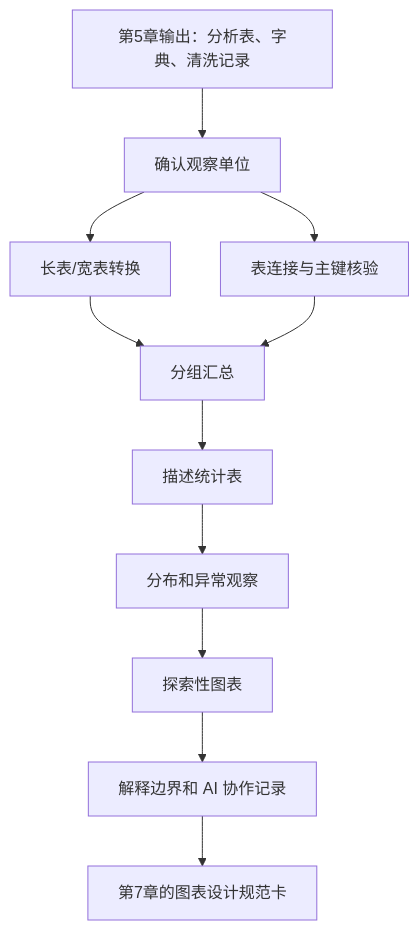
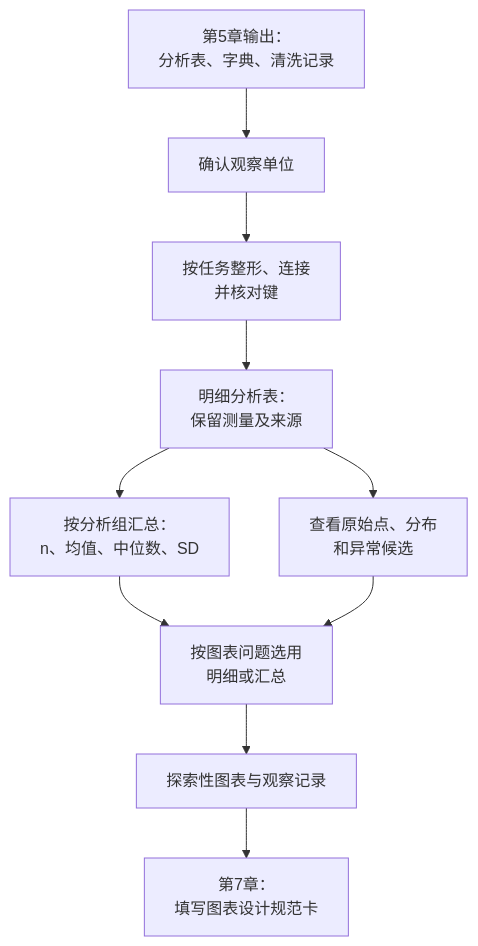
Before and after one commit to luvega/AI_MED_DataVis: the first of 3 diagrams in docs/chapters/chapter-6/index.md, drawn with Mermaid. The commit also changed other lines of this file and 30 other files, not shown here.

Commit message:
Redraw textbook diagrams and correct data-flow relationships

````diff
--- a/docs/chapters/chapter-6/index.md
+++ b/docs/chapters/chapter-6/index.md
@@ -36,13 +36,12 @@
 ```mermaid
 flowchart TD
-  A["第5章输出：分析表、字典、清洗记录"] --> B["确认观察单位"]
-  B --> C["长表/宽表转换"]
-  B --> D["表连接与主键核验"]
-  C --> E["分组汇总"]
-  D --> E
-  E --> F["描述统计表"]
-  F --> G["分布和异常观察"]
-  G --> H["探索性图表"]
-  H --> I["解释边界和 AI 协作记录"]
-  I --> J["第7章的图表设计规范卡"]
+  A["第5章输出：<br/>分析表、字典、清洗记录"] --> B["确认观察单位"]
+  B --> C["按任务整形、连接<br/>并核对键"]
+  C --> D["明细分析表：<br/>保留测量及来源"]
+  D --> E["按分析组汇总：<br/>n、均值、中位数、SD"]
+  D --> F["查看原始点、分布<br/>和异常候选"]
+  E --> G["按图表问题选用<br/>明细或汇总"]
+  F --> G
+  G --> H["探索性图表与观察记录"]
+  H --> I["第7章：<br/>填写图表设计规范卡"]
 ```
````
